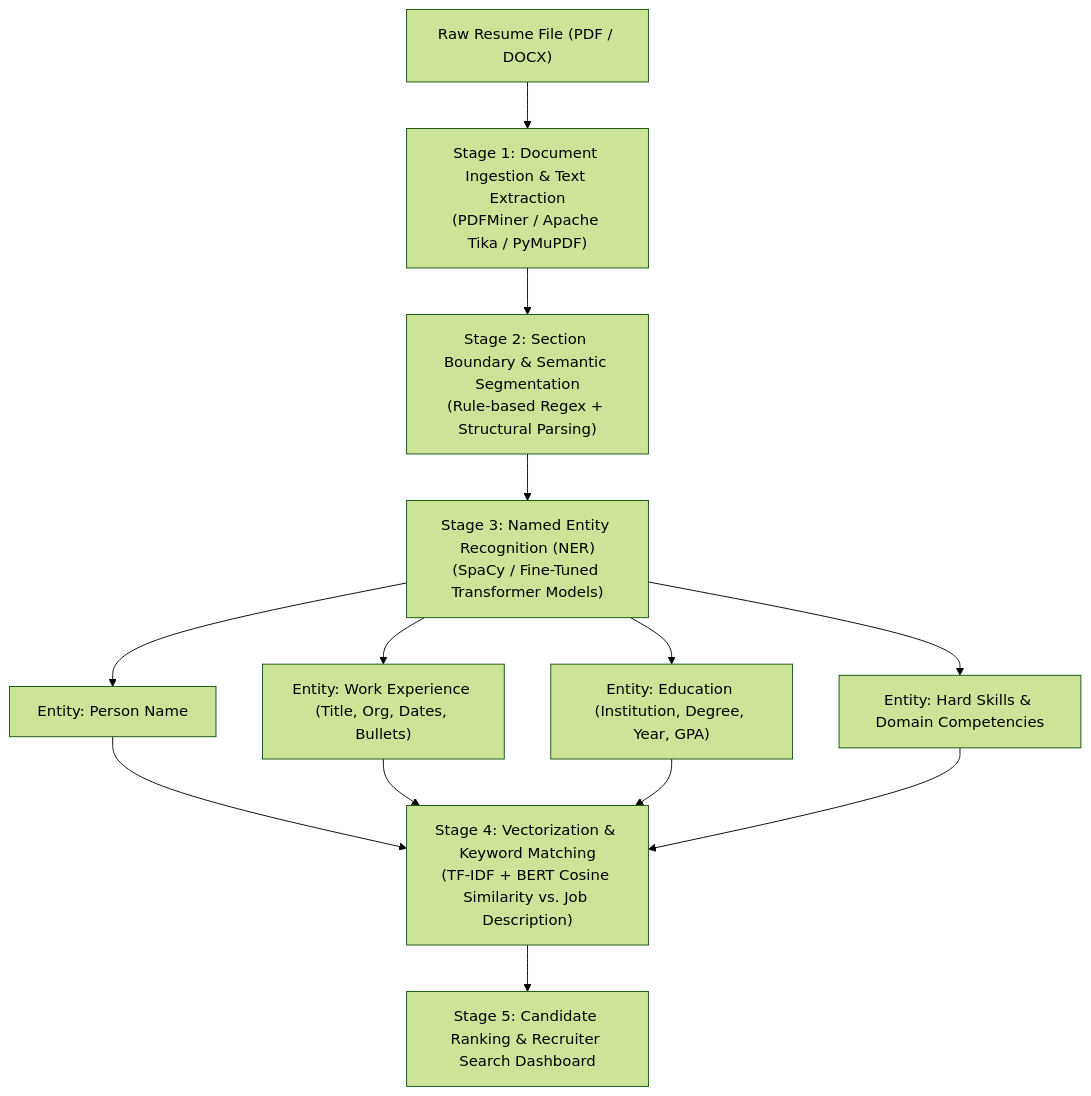
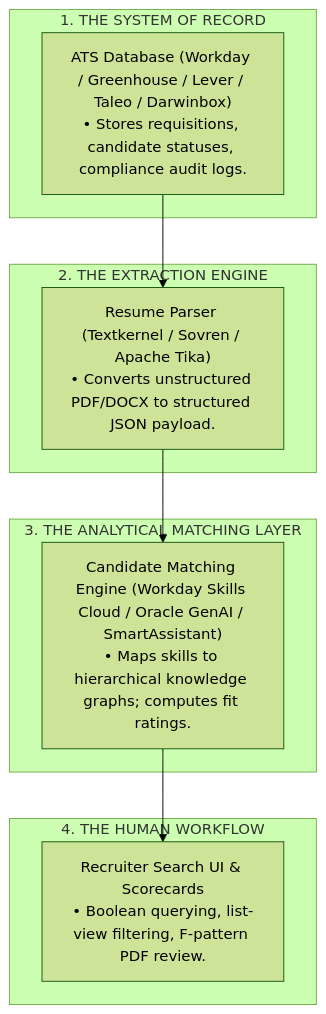
One commit to Shivaprasadfarale/reframe changed the diagram in RESUME_RESEARCH_REPORT.md. Above: the diagram before and after it, drawn with Mermaid (forest theme). The commit also changed other lines of this file and 1 other file, not shown here.

Commit message:
docs: Update RESUME_RESEARCH_REPORT.md with exhaustive 15-chapter research compendium and remove obsolete CUSTOM_GPT_GUIDE.md

````diff
--- a/RESUME_RESEARCH_REPORT.md
+++ b/RESUME_RESEARCH_REPORT.md
@@ -58,12 +86,20 @@
 ```mermaid
 flowchart TD
-    A["Raw Resume File (PDF / DOCX)"] --> B["Stage 1: Document Ingestion & Text Extraction\n(PDFMiner / Apache Tika / PyMuPDF)"]
-    B --> C["Stage 2: Section Boundary & Semantic Segmentation\n(Rule-based Regex + Structural Parsing)"]
-    C --> D["Stage 3: Named Entity Recognition (NER)\n(SpaCy / Fine-Tuned Transformer Models)"]
-    D --> E1["Entity: Person Name"]
-    D --> E2["Entity: Work Experience (Title, Org, Dates, Bullets)"]
-    D --> E3["Entity: Education (Institution, Degree, Year, GPA)"]
-    D --> E4["Entity: Hard Skills & Domain Competencies"]
-    E1 & E2 & E3 & E4 --> F["Stage 4: Vectorization & Keyword Matching\n(TF-IDF + BERT Cosine Similarity vs. Job Description)"]
-    F --> G["Stage 5: Candidate Ranking & Recruiter Search Dashboard"]
+    subgraph S1["1. THE SYSTEM OF RECORD"]
+        A["ATS Database (Workday / Greenhouse / Lever / Taleo / Darwinbox)\n• Stores requisitions, candidate statuses, compliance audit logs."]
+    end
+
+    subgraph S2["2. THE EXTRACTION ENGINE"]
+        B["Resume Parser (Textkernel / Sovren / Apache Tika)\n• Converts unstructured PDF/DOCX to structured JSON payload."]
+    end
+
+    subgraph S3["3. THE ANALYTICAL MATCHING LAYER"]
+        C["Candidate Matching Engine (Workday Skills Cloud / Oracle GenAI / SmartAssistant)\n• Maps skills to hierarchical knowledge graphs; computes fit ratings."]
+    end
+
+    subgraph S4["4. THE HUMAN WORKFLOW"]
+        D["Recruiter Search UI & Scorecards\n• Boolean querying, list-view filtering, F-pattern PDF review."]
+    end
+
+    A --> B --> C --> D
 ```
````
